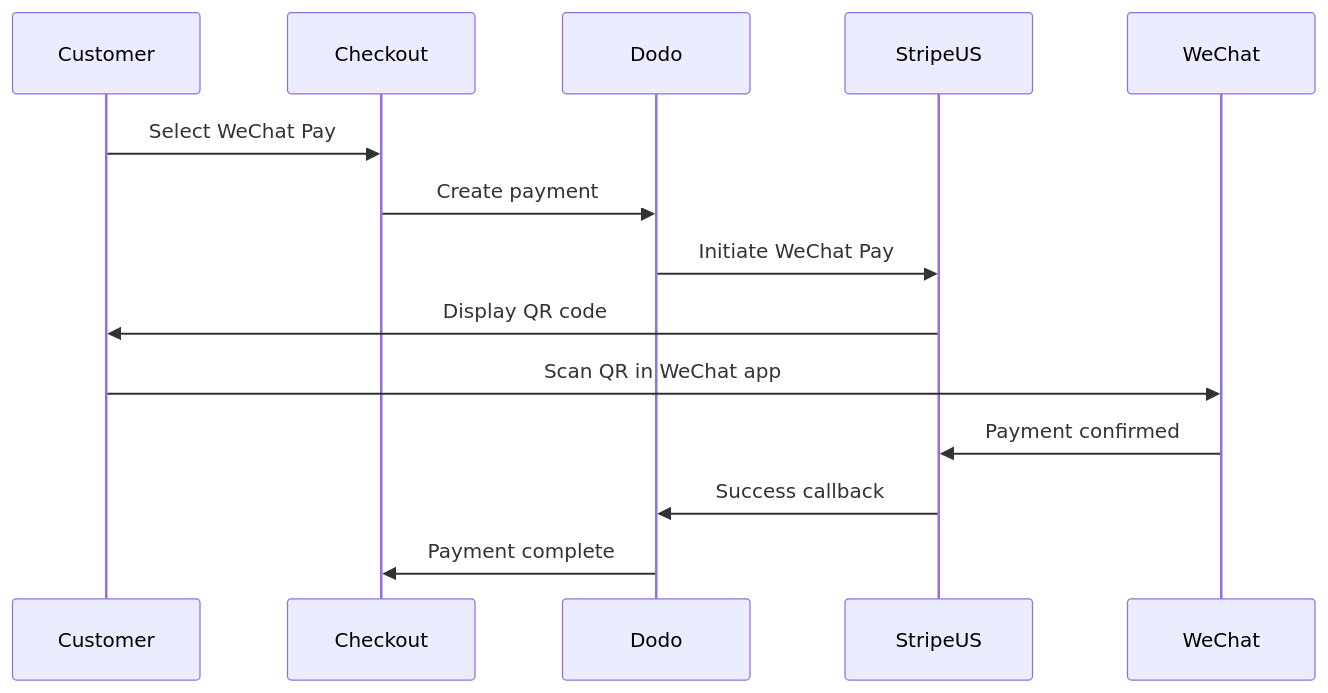
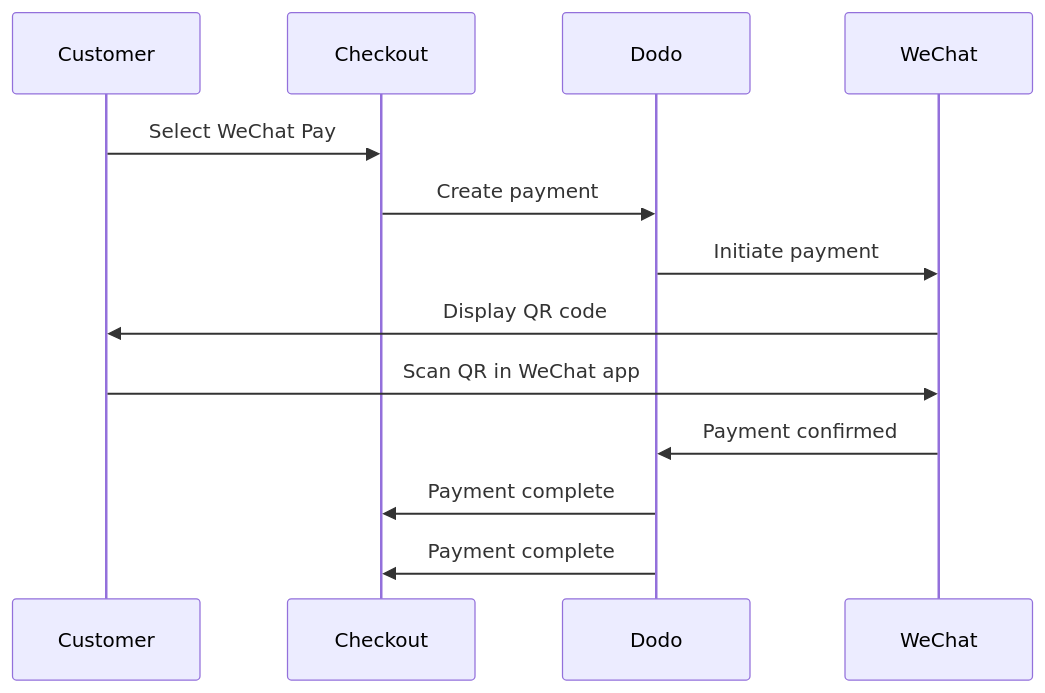
Before and after one commit to dodopayments/dodo-docs: the diagram in features/payment-methods/wechat.mdx, drawn with Mermaid. The commit also changed other lines of this file, not shown here.

Commit message:
docs: remove internal Stripe US references from WeChat Pay page

````diff
--- a/features/payment-methods/wechat.mdx
+++ b/features/payment-methods/wechat.mdx
@@ -39,17 +38,17 @@
 ```mermaid
 sequenceDiagram
     participant Customer
     participant Checkout
     participant Dodo
-    participant StripeUS
+    participant Dodo
     participant WeChat
 
     Customer->>Checkout: Select WeChat Pay
     Checkout->>Dodo: Create payment
-    Dodo->>StripeUS: Initiate WeChat Pay
-    StripeUS->>Customer: Display QR code
+    Dodo->>WeChat: Initiate payment
+    WeChat->>Customer: Display QR code
     Customer->>WeChat: Scan QR in WeChat app
-    WeChat->>StripeUS: Payment confirmed
-    StripeUS->>Dodo: Success callback
+    WeChat->>Dodo: Payment confirmed
+    Dodo->>Checkout: Payment complete
     Dodo->>Checkout: Payment complete
 ```
````
